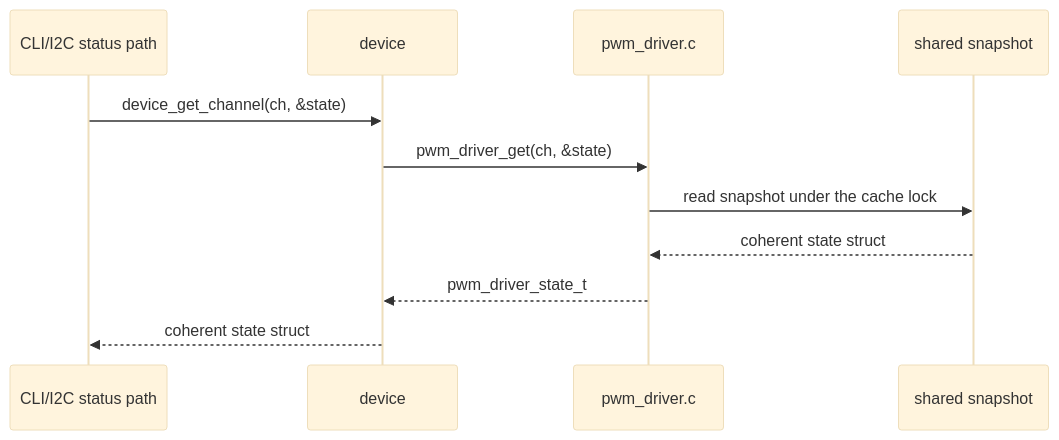
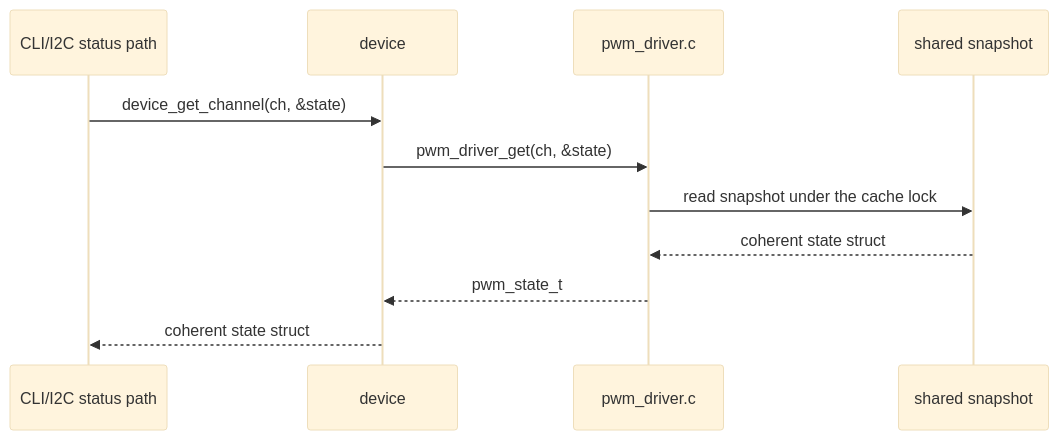
One commit to djwinter29-oss/PicoPWM changed the seventh of 7 diagrams in docs/design/pwm_driver_design.md. Above: the diagram before and after it, drawn with Mermaid (base theme). The commit also changed other lines of this file and 24 other files, not shown here.

````diff
--- a/docs/design/pwm_driver_design.md
+++ b/docs/design/pwm_driver_design.md
@@ -358,14 +358,14 @@
 ```mermaid
 sequenceDiagram
     participant UI as CLI/I2C status path
     participant CTL as device
     participant WR as pwm_driver.c
     participant SS as shared snapshot
 
     UI->>CTL: device_get_channel(ch, &state)
     CTL->>WR: pwm_driver_get(ch, &state)
     WR->>SS: read snapshot under the cache lock
     SS-->>WR: coherent state struct
-    WR-->>CTL: pwm_driver_state_t
+    WR-->>CTL: pwm_state_t
     CTL-->>UI: coherent state struct
 ```
````
